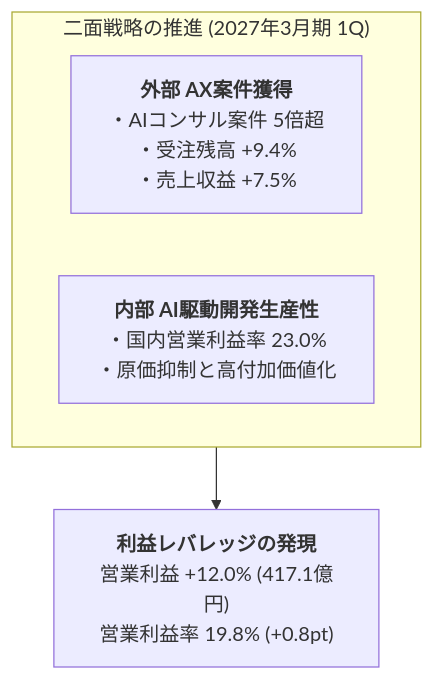
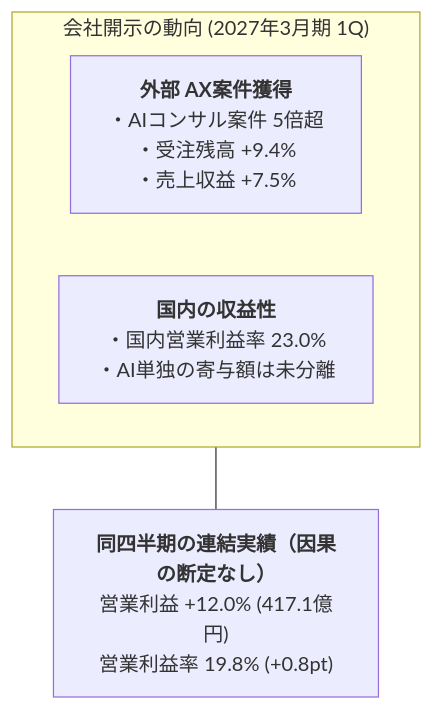
Before and after one commit to moruku36/nri-2026-company-analysis: the third of 3 diagrams in 02-financial-market/financial-performance.md, drawn with Mermaid. The commit also changed other lines of this file and 5 other files, not shown here.

````diff
--- a/02-financial-market/financial-performance.md
+++ b/02-financial-market/financial-performance.md
@@ -115,9 +119,9 @@
 ```mermaid
 flowchart TD
-    subgraph Drivers["二面戦略の推進 (2027年3月期 1Q)"]
+    subgraph Drivers["会社開示の動向 (2027年3月期 1Q)"]
         direction LR
         Ext["<b>外部 AX案件獲得</b><br>・AIコンサル案件 5倍超<br>・受注残高 +9.4%<br>・売上収益 +7.5%"]
-        Int["<b>内部 AI駆動開発生産性</b><br>・国内営業利益率 23.0%<br>・原価抑制と高付加価値化"]
+        Int["<b>国内の収益性</b><br>・国内営業利益率 23.0%<br>・AI単独の寄与額は未分離"]
     end
-    Drivers --> Res["<b>利益レバレッジの発現</b><br>営業利益 +12.0% (417.1億円)<br>営業利益率 19.8% (+0.8pt)"]
+    Drivers --- Res["<b>同四半期の連結実績（因果の断定なし）</b><br>営業利益 +12.0% (417.1億円)<br>営業利益率 19.8% (+0.8pt)"]
 ```
````
